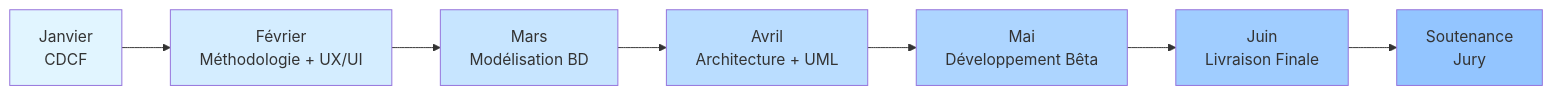
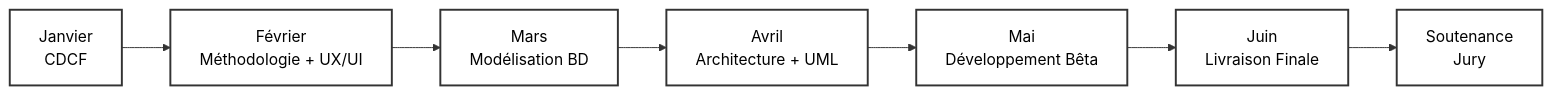
Before and after one commit to SafiBougherara/projet_fin_annee: the diagram in README.md, drawn with Mermaid. The commit also changed other lines of this file, not shown here.

Commit message:
set better visibility for résumé visuel du parcours

````diff
--- a/README.md
+++ b/README.md
@@ -765,17 +765,17 @@
 ```mermaid
 graph LR
     A[Janvier<br/>CDCF] --> B[Février<br/>Méthodologie + UX/UI]
     B --> C[Mars<br/>Modélisation BD]
     C --> D[Avril<br/>Architecture + UML]
     D --> E[Mai<br/>Développement Bêta]
     E --> F[Juin<br/>Livraison Finale]
     F --> G[Soutenance<br/>Jury]
     
-    style A fill:#e1f5ff
-    style B fill:#d4edff
-    style C fill:#c7e5ff
-    style D fill:#baddff
-    style E fill:#add5ff
-    style F fill:#a0cdff
-    style G fill:#93c5ff
+    style A fill:#ffffff,stroke:#333,stroke-width:2px,color:#000
+    style B fill:#ffffff,stroke:#333,stroke-width:2px,color:#000
+    style C fill:#ffffff,stroke:#333,stroke-width:2px,color:#000
+    style D fill:#ffffff,stroke:#333,stroke-width:2px,color:#000
+    style E fill:#ffffff,stroke:#333,stroke-width:2px,color:#000
+    style F fill:#ffffff,stroke:#333,stroke-width:2px,color:#000
+    style G fill:#ffffff,stroke:#333,stroke-width:2px,color:#000
 ```
````
